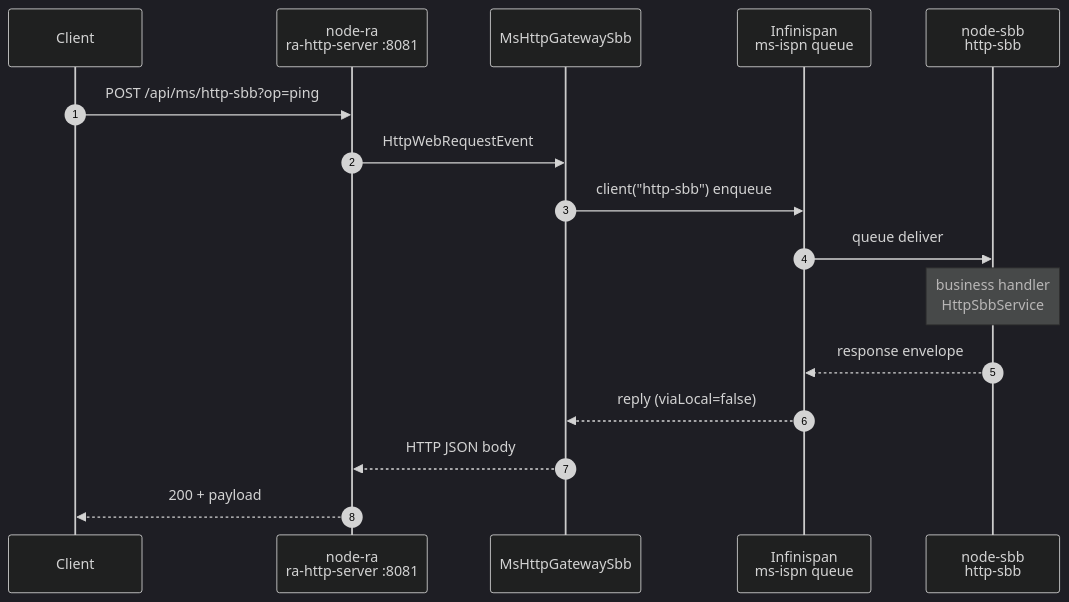
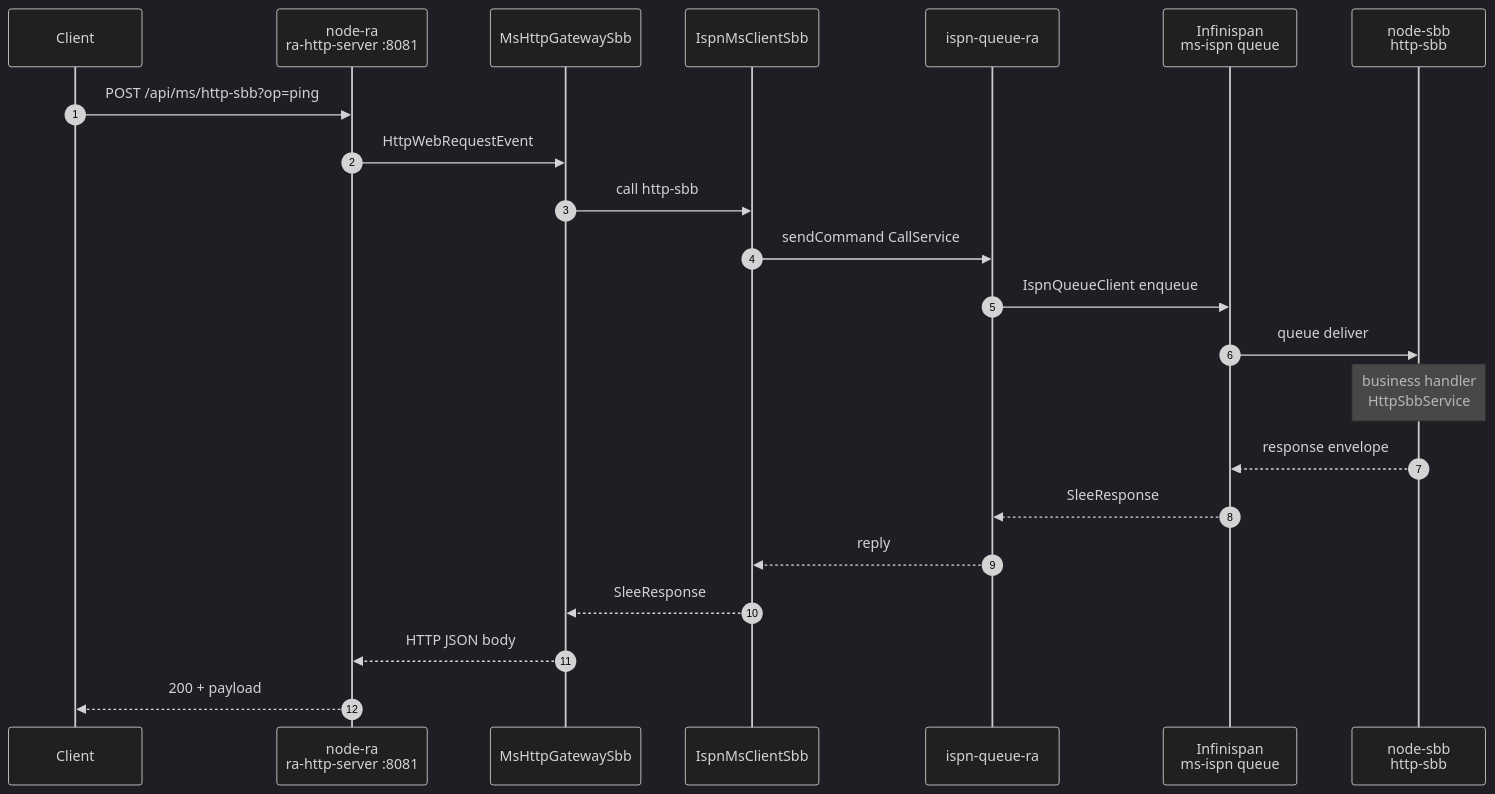
The diagram in example/example-quarkus-ms/docs/ms-demo-sequence.mmd (nhanth87/jain-slee), drawn with Mermaid (dark theme) before and after one commit. The commit also changed 15 other files, not shown here.

First line of the commit message:
feat(ms): route MS outbound through ispn-queue-ra and child SBB

```diff
--- a/example/example-quarkus-ms/docs/ms-demo-sequence.mmd
+++ b/example/example-quarkus-ms/docs/ms-demo-sequence.mmd
@@ -1,17 +1,23 @@
 sequenceDiagram
     autonumber
     participant Client
     participant RA as node-ra<br/>ra-http-server :8081
     participant GW as MsHttpGatewaySbb
+    participant Child as IspnMsClientSbb
+    participant IspnRa as ispn-queue-ra
     participant ISPN as Infinispan<br/>ms-ispn queue
     participant SBB as node-sbb<br/>http-sbb
 
     Client->>RA: POST /api/ms/http-sbb?op=ping
     RA->>GW: HttpWebRequestEvent
-    GW->>ISPN: client("http-sbb") enqueue
+    GW->>Child: call http-sbb
+    Child->>IspnRa: sendCommand CallService
+    IspnRa->>ISPN: IspnQueueClient enqueue
     ISPN->>SBB: queue deliver
     Note over SBB: business handler<br/>HttpSbbService
     SBB-->>ISPN: response envelope
-    ISPN-->>GW: reply (viaLocal=false)
+    ISPN-->>IspnRa: SleeResponse
+    IspnRa-->>Child: reply
+    Child-->>GW: SleeResponse
     GW-->>RA: HTTP JSON body
     RA-->>Client: 200 + payload
```
